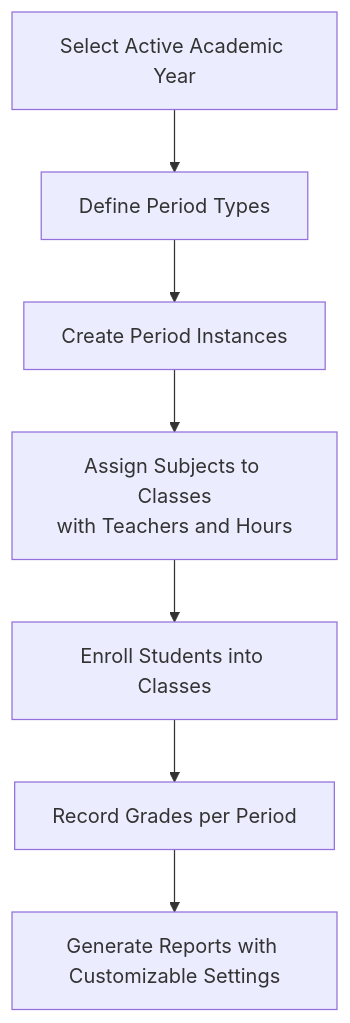
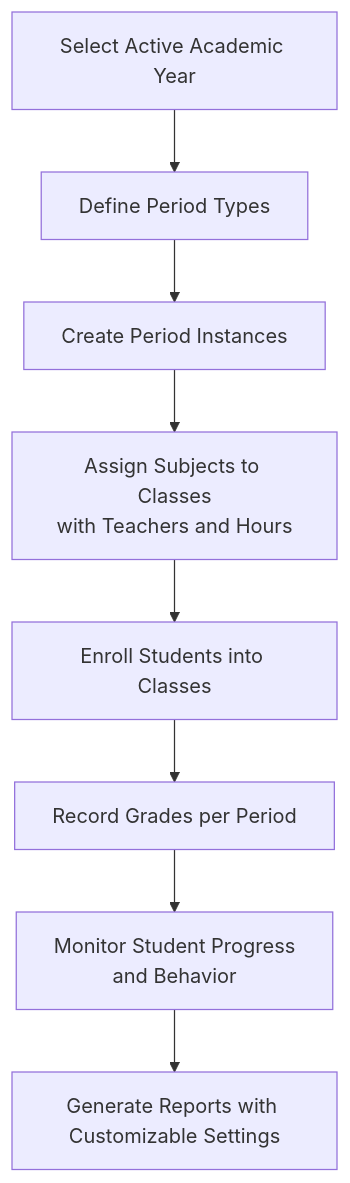
Before and after one commit to franckylab/eLISAschool: the tenth of 13 diagrams in .qoder/repowiki/en/content/Modules & Features/Academic Modules/Academic Modules.md, drawn with Mermaid. The commit also changed other lines of this file and 151 other files, not shown here.

````diff
--- a/.qoder/repowiki/en/content/Modules & Features/Academic Modules/Academic Modules.md
+++ b/.qoder/repowiki/en/content/Modules & Features/Academic Modules/Academic Modules.md
@@ -602,9 +675,10 @@
 ```mermaid
 flowchart TD
 AY["Select Active Academic Year"] --> TP["Define Period Types"]
 TP --> PD["Create Period Instances"]
 PD --> SCH["Assign Subjects to Classes<br/>with Teachers and Hours"]
 SCH --> ENR["Enroll Students into Classes"]
 ENR --> GRADE["Record Grades per Period"]
-GRADE --> REP["Generate Reports with Customizable Settings"]
+GRADE --> MON["Monitor Student Progress<br/>and Behavior"]
+MON --> REP["Generate Reports with Customizable Settings"]
 ```
````
